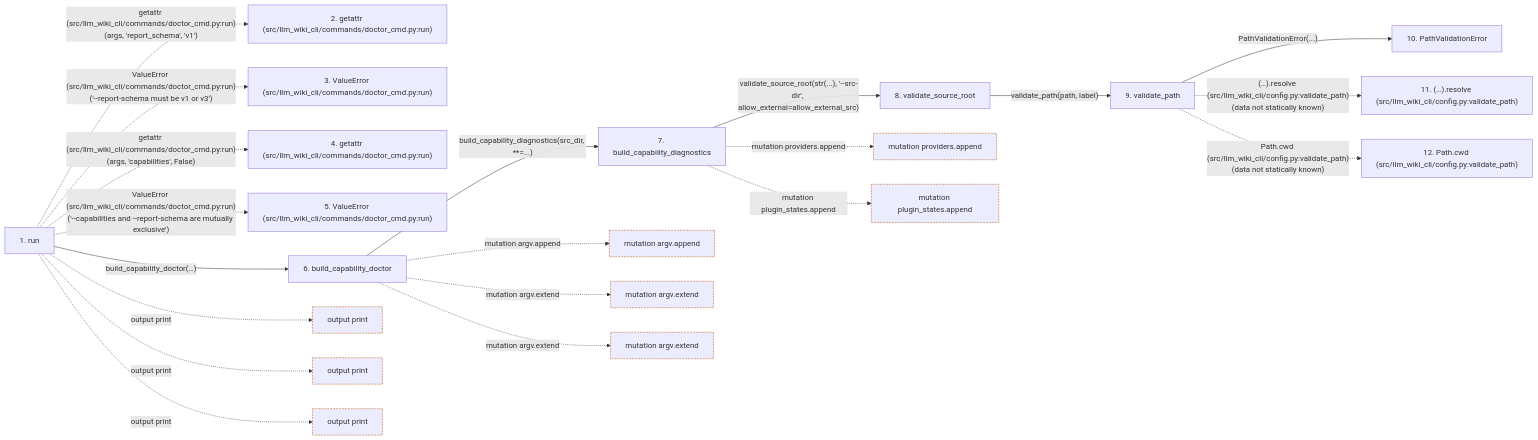
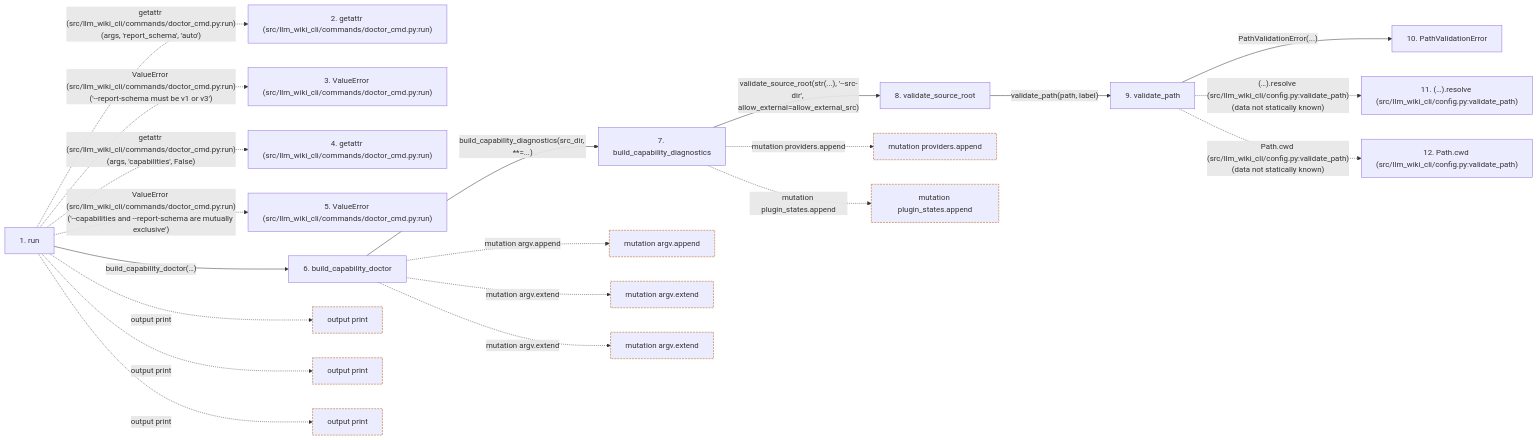
The second of 2 diagrams in docs/llm_wiki/flows/cli-doctor.md (Denissvgn/python-wiki-llm), drawn with Mermaid before and after one commit. The commit also changed other lines of this file and 391 other files, not shown here.

````diff
--- a/docs/llm_wiki/flows/cli-doctor.md
+++ b/docs/llm_wiki/flows/cli-doctor.md
@@ -118,57 +119,57 @@
 ```mermaid
 flowchart LR
     s1["1. run"]
     s2["2. getattr (src/llm_wiki_cli/commands/doctor_cmd.py:run)"]
     s3["3. ValueError (src/llm_wiki_cli/commands/doctor_cmd.py:run)"]
     s4["4. getattr (src/llm_wiki_cli/commands/doctor_cmd.py:run)"]
     s5["5. ValueError (src/llm_wiki_cli/commands/doctor_cmd.py:run)"]
     s6["6. build_capability_doctor"]
     s7["7. build_capability_diagnostics"]
     s8["8. validate_source_root"]
     s9["9. validate_path"]
     s10["10. PathValidationError"]
     s11["11. (…).resolve (src/llm_wiki_cli/config.py:validate_path)"]
     s12["12. Path.cwd (src/llm_wiki_cli/config.py:validate_path)"]
-    s1 -. "getattr (src/llm_wiki_cli/commands/doctor_cmd.py:run)(args, 'report_schema', 'v1')" .-> s2
+    s1 -. "getattr (src/llm_wiki_cli/commands/doctor_cmd.py:run)(args, 'report_schema', 'auto')" .-> s2
     s1 -. "ValueError (src/llm_wiki_cli/commands/doctor_cmd.py:run)('--report-schema must be v1 or v3')" .-> s3
     s1 -. "getattr (src/llm_wiki_cli/commands/doctor_cmd.py:run)(args, 'capabilities', False)" .-> s4
     s1 -. "ValueError (src/llm_wiki_cli/commands/doctor_cmd.py:run)('--capabilities and --report-schema are mutually exclusive')" .-> s5
     s1 -->|"build_capability_doctor(…)"| s6
     s6 -->|"build_capability_diagnostics(src_dir, **=...)"| s7
     s7 -->|"validate_source_root(str(...), '--src-dir', allow_external=allow_external_src)"| s8
     s8 -->|"validate_path(path, label)"| s9
     s9 -->|"PathValidationError(...)"| s10
     s9 -. "(…).resolve (src/llm_wiki_cli/config.py:validate_path)(data not statically known)" .-> s11
     s9 -. "Path.cwd (src/llm_wiki_cli/config.py:validate_path)(data not statically known)" .-> s12
     b0["output print"]
     s1 -. "output print" .-> b0
     b1["output print"]
     s1 -. "output print" .-> b1
     b2["output print"]
     s1 -. "output print" .-> b2
     b3["mutation argv.append"]
     s6 -. "mutation argv.append" .-> b3
     b4["mutation argv.extend"]
     s6 -. "mutation argv.extend" .-> b4
     b5["mutation argv.extend"]
     s6 -. "mutation argv.extend" .-> b5
     b6["mutation providers.append"]
     s7 -. "mutation providers.append" .-> b6
     b7["mutation plugin_states.append"]
     s7 -. "mutation plugin_states.append" .-> b7
     click s1 "../modules/doctor_cmd.md"
     click s6 "../modules/capability_diagnostics.md"
     click s7 "../modules/capability_diagnostics.md"
     click s8 "../modules/config.md"
     click s9 "../modules/config.md"
     click s10 "../modules/config.md"
     classDef boundary stroke:#b45309,stroke-dasharray: 4 2
     class b0 boundary
     class b1 boundary
     class b2 boundary
     class b3 boundary
     class b4 boundary
     class b5 boundary
     class b6 boundary
     class b7 boundary
 ```
````
